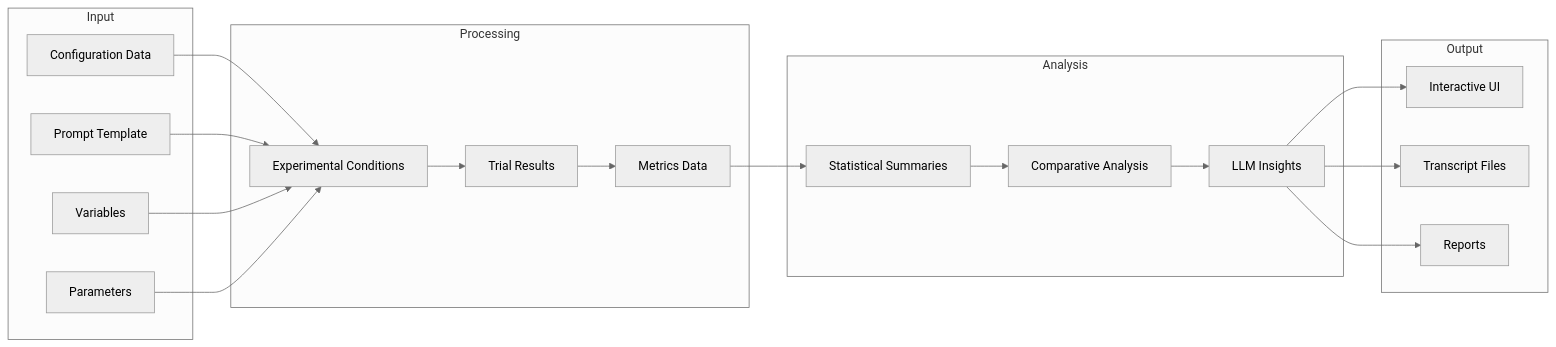
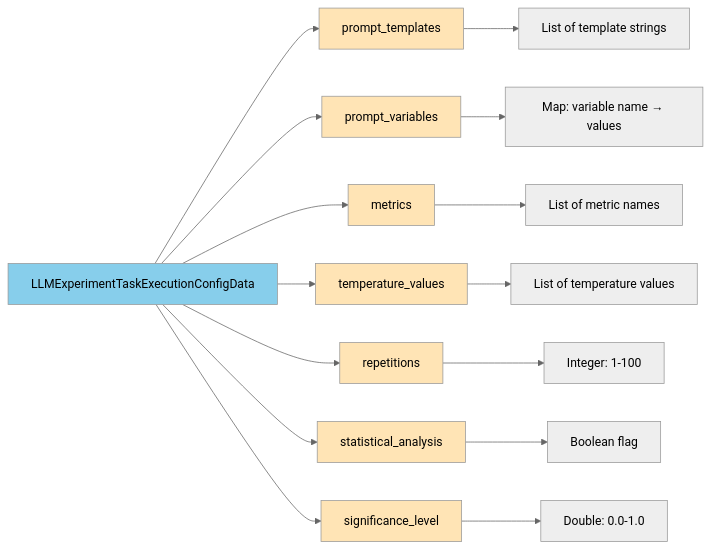
One commit to SimiaCryptus/Cognotik changed the fourth of 22 diagrams in docs/LLMExperimentTask.md. Above: the diagram before and after it, drawn with Mermaid (neutral theme). The commit also changed other lines of this file and 7 other files, not shown here.

````diff
--- a/docs/LLMExperimentTask.md
+++ b/docs/LLMExperimentTask.md
@@ -59,43 +143,27 @@
 ```mermaid
-flowchart LR
-    subgraph Input
-        A[Configuration Data]
-        B[Prompt Template]
-        C[Variables]
-        D[Parameters]
-    end
+graph LR
+    A[LLMExperimentTaskExecutionConfigData] --> B[prompt_templates]
+    A --> C[prompt_variables]
+    A --> D[metrics]
+    A --> E[temperature_values]
+    A --> F[repetitions]
+    A --> G[statistical_analysis]
+    A --> H[significance_level]
 
-    subgraph Processing
-        E[Experimental Conditions]
-        F[Trial Results]
-        G[Metrics Data]
-    end
+    B --> B1[List of template strings]
+    C --> C1[Map: variable name → values]
+    D --> D1[List of metric names]
+    E --> E1[List of temperature values]
+    F --> F1[Integer: 1-100]
+    G --> G1[Boolean flag]
+    H --> H1[Double: 0.0-1.0]
 
-    subgraph Analysis
-        H[Statistical Summaries]
-        I[Comparative Analysis]
-        J[LLM Insights]
-    end
-
-    subgraph Output
-        K[Interactive UI]
-        L[Transcript Files]
-        M[Reports]
-    end
-
-    A --> E
-    B --> E
-    C --> E
-    D --> E
-
-    E --> F
-    F --> G
-
-    G --> H
-    H --> I
-    I --> J
-
-    J --> K
-    J --> L
-    J --> M
+    style A fill:#87CEEB
+    style B fill:#FFE4B5
+    style C fill:#FFE4B5
+    style D fill:#FFE4B5
+    style E fill:#FFE4B5
+    style F fill:#FFE4B5
+    style G fill:#FFE4B5
+    style H fill:#FFE4B5
 ```
````
